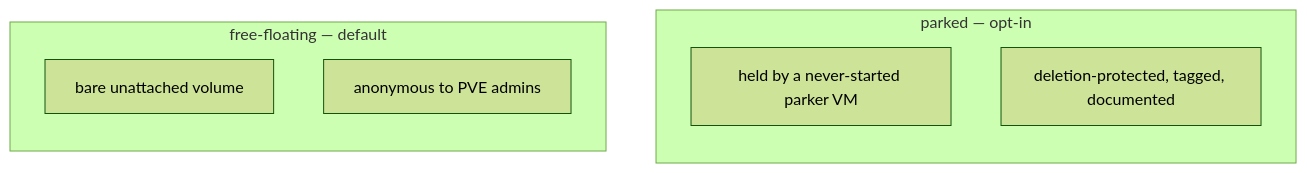
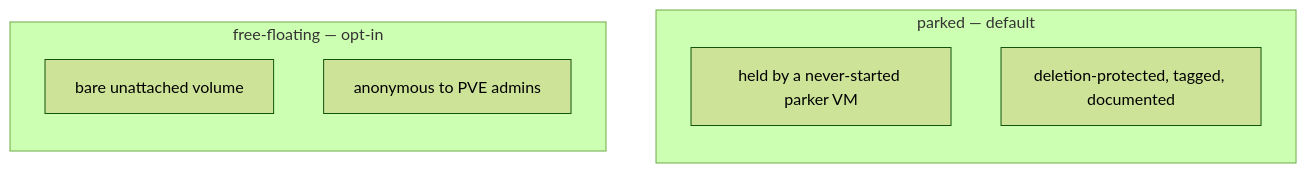
The second of 2 diagrams in docs/presentations/intro-overview/07-disks-that-outlive.md (fivetwenty-io/bosh-proxmox-cpi-release), drawn with Mermaid (forest theme) before and after one commit. The commit also changed other lines of this file and 56 other files, not shown here.

````diff
--- a/docs/presentations/intro-overview/07-disks-that-outlive.md
+++ b/docs/presentations/intro-overview/07-disks-that-outlive.md
@@ -41,12 +41,12 @@
 ```mermaid {scale: 0.85}
 flowchart LR
-    subgraph F["free-floating — default"]
+    subgraph F["free-floating — opt-in"]
         F1["bare unattached volume"]
         F2["anonymous to PVE admins"]
     end
-    subgraph P["parked — opt-in"]
+    subgraph P["parked — default"]
         P1["held by a never-started parker VM"]
         P2["deletion-protected, tagged, documented"]
     end
     F ~~~ P
 ```
````
